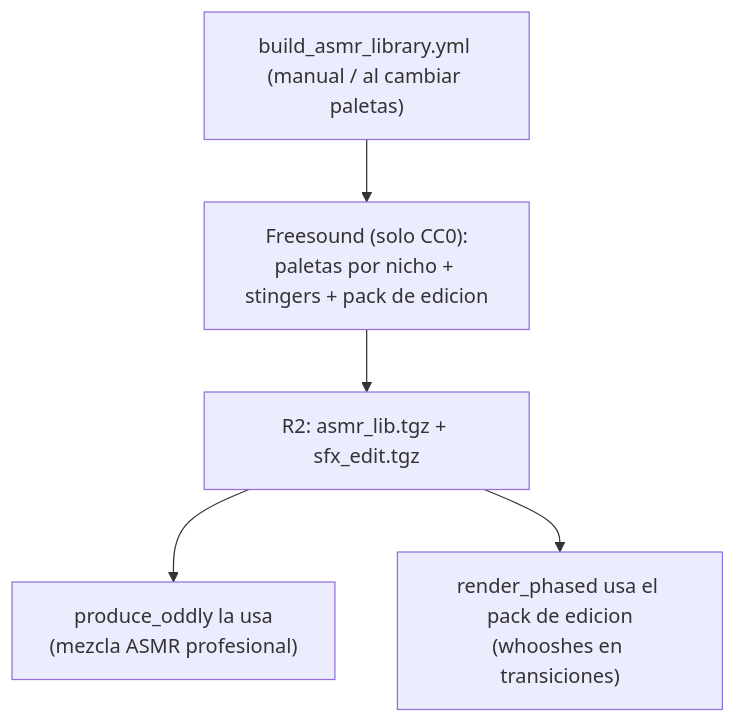
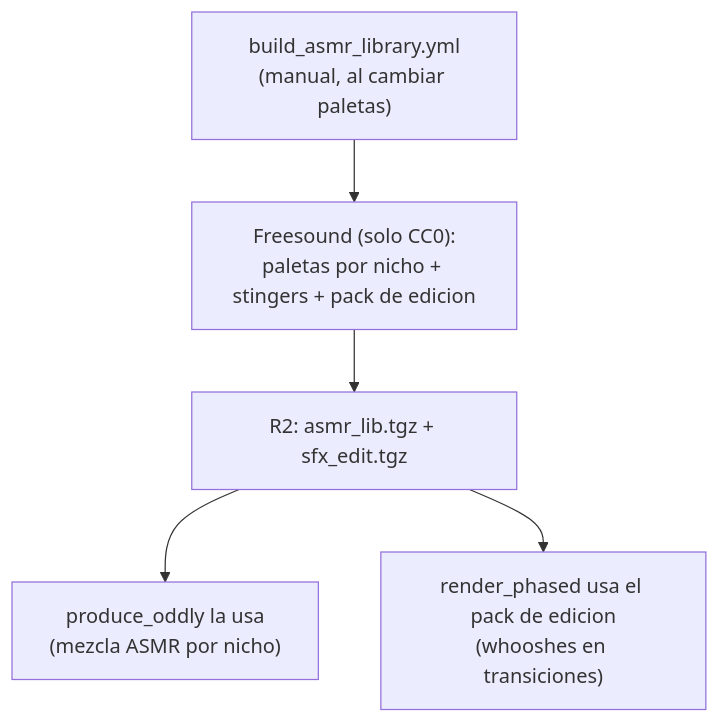
One commit to juanberrio0399/video-forge changed the sixth of 7 diagrams in docs/FLUJOS.md. Above: the diagram before and after it, drawn with Mermaid. The commit also changed other lines of this file and 25 other files, not shown here.

````diff
--- a/docs/FLUJOS.md
+++ b/docs/FLUJOS.md
@@ -82,7 +99,7 @@
 ```mermaid
 flowchart TD
-  b["build_asmr_library.yml (manual / al cambiar paletas)"] --> f["Freesound (solo CC0):\npaletas por nicho + stingers + pack de edicion"]
+  b["build_asmr_library.yml<br/>(manual, al cambiar paletas)"] --> f["Freesound (solo CC0):<br/>paletas por nicho + stingers + pack de edicion"]
   f --> r2["R2: asmr_lib.tgz + sfx_edit.tgz"]
-  r2 --> use1["produce_oddly la usa\n(mezcla ASMR profesional)"]
-  r2 --> use2["render_phased usa el pack de edicion\n(whooshes en transiciones)"]
+  r2 --> use1["produce_oddly la usa<br/>(mezcla ASMR por nicho)"]
+  r2 --> use2["render_phased usa el pack de edicion<br/>(whooshes en transiciones)"]
 ```
````
